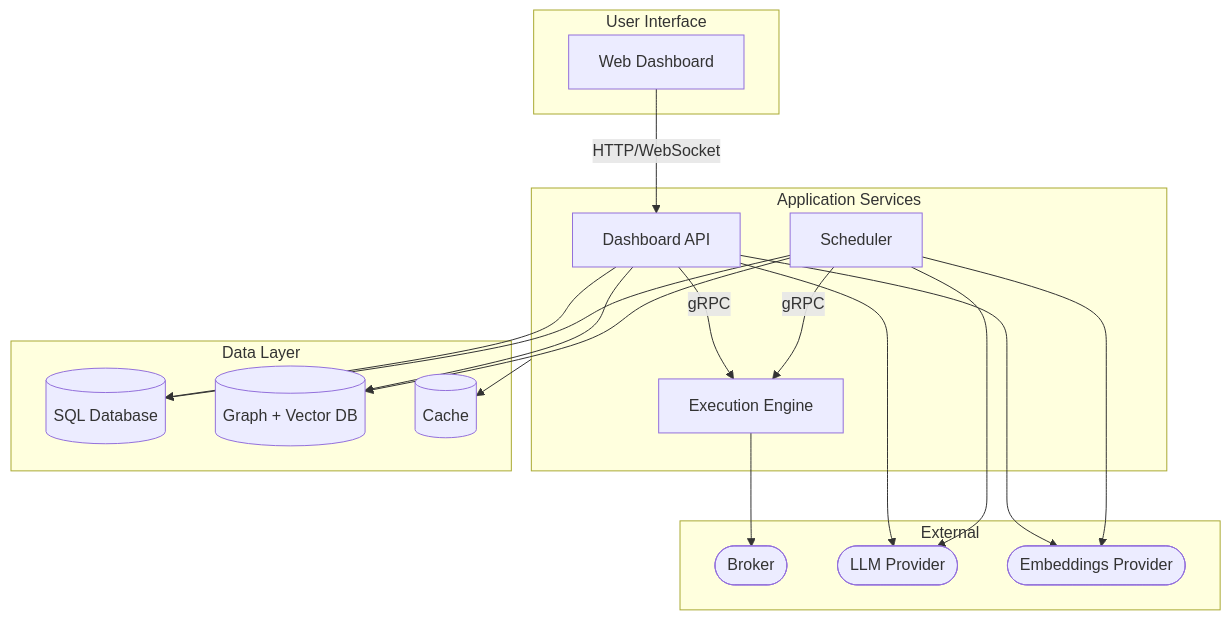
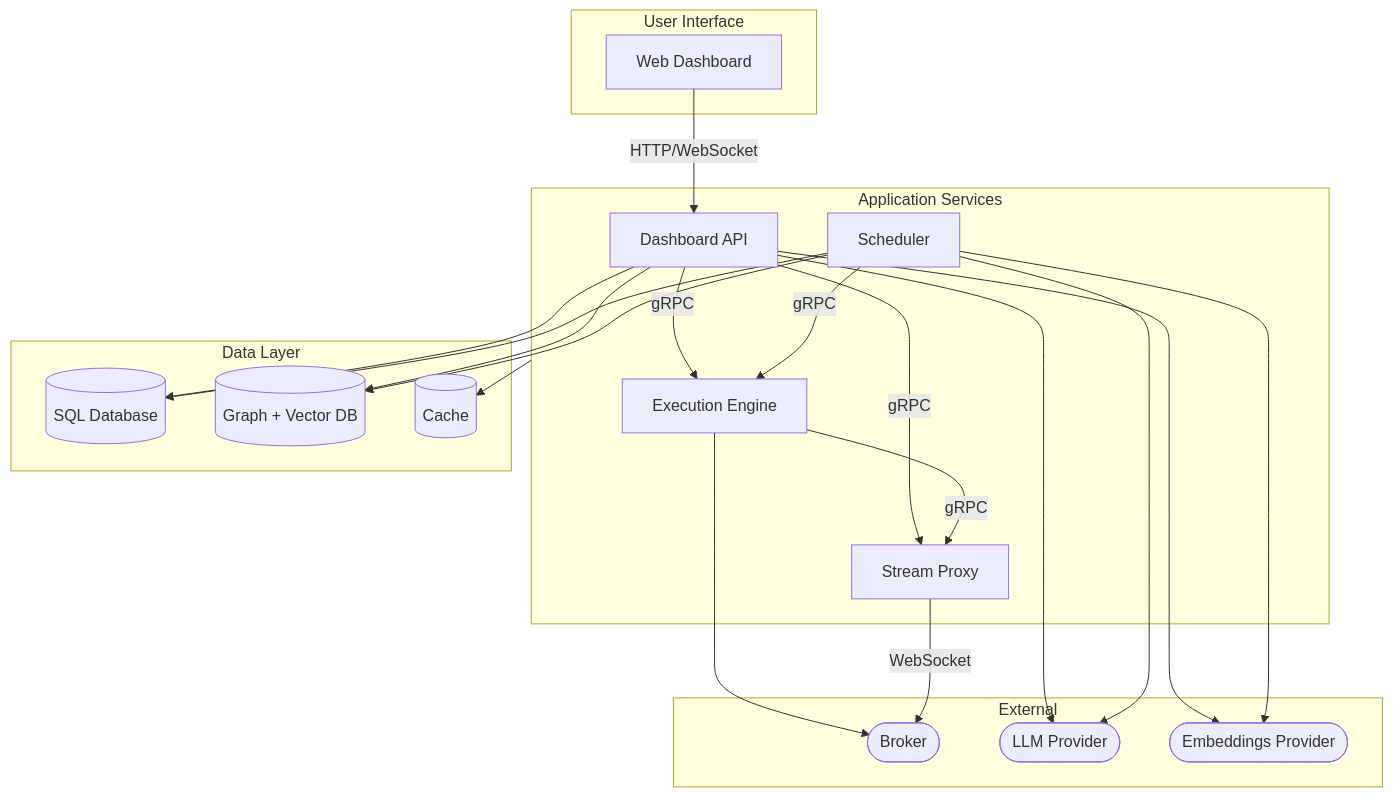
The first of 8 diagrams in ARCHITECTURE.md (ccheney/cream), drawn with Mermaid before and after one commit. The commit also changed other lines of this file and 59 other files, not shown here.

First line of the commit message:
feat(stream-proxy): implement Alpaca WebSocket multiplexer

````diff
--- a/ARCHITECTURE.md
+++ b/ARCHITECTURE.md
@@ -9,38 +9,42 @@
 ```mermaid
 flowchart TB
     subgraph UI["User Interface"]
         Dashboard[Web Dashboard]
     end
 
     subgraph Services["Application Services"]
         API[Dashboard API]
         Worker[Scheduler]
         Engine[Execution Engine]
+        Proxy[Stream Proxy]
     end
 
     subgraph Data["Data Layer"]
         SQL[(SQL Database)]
         Graph[(Graph + Vector DB)]
         Cache[(Cache)]
     end
 
     subgraph External["External"]
         Broker([Broker])
         LLM([LLM Provider])
         Embed([Embeddings Provider])
     end
 
     Dashboard -->|HTTP/WebSocket| API
     API --> SQL
     API --> Graph
     API -->|gRPC| Engine
+    API -->|gRPC| Proxy
     API --> LLM
     API --> Embed
     Worker --> SQL
     Worker --> Graph
     Worker -->|gRPC| Engine
     Worker --> LLM
     Worker --> Embed
     Engine --> Broker
+    Engine -->|gRPC| Proxy
+    Proxy -->|WebSocket| Broker
     Services --> Cache
 ```
````
